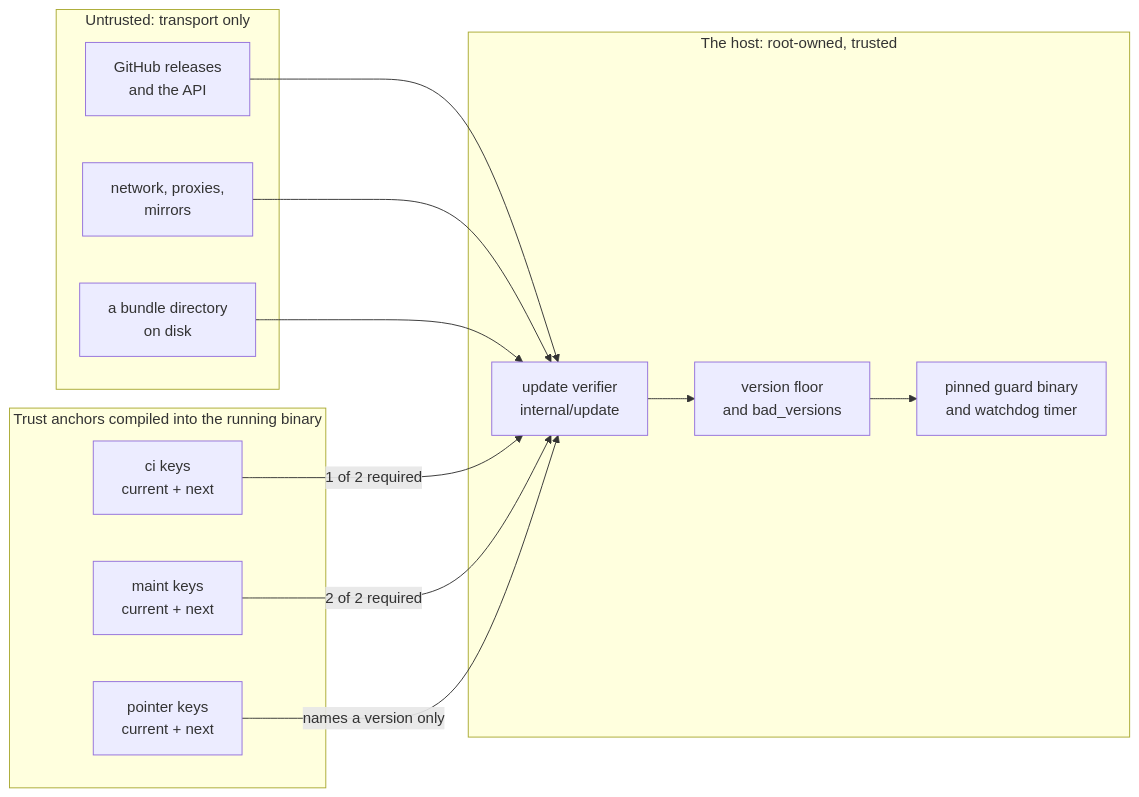
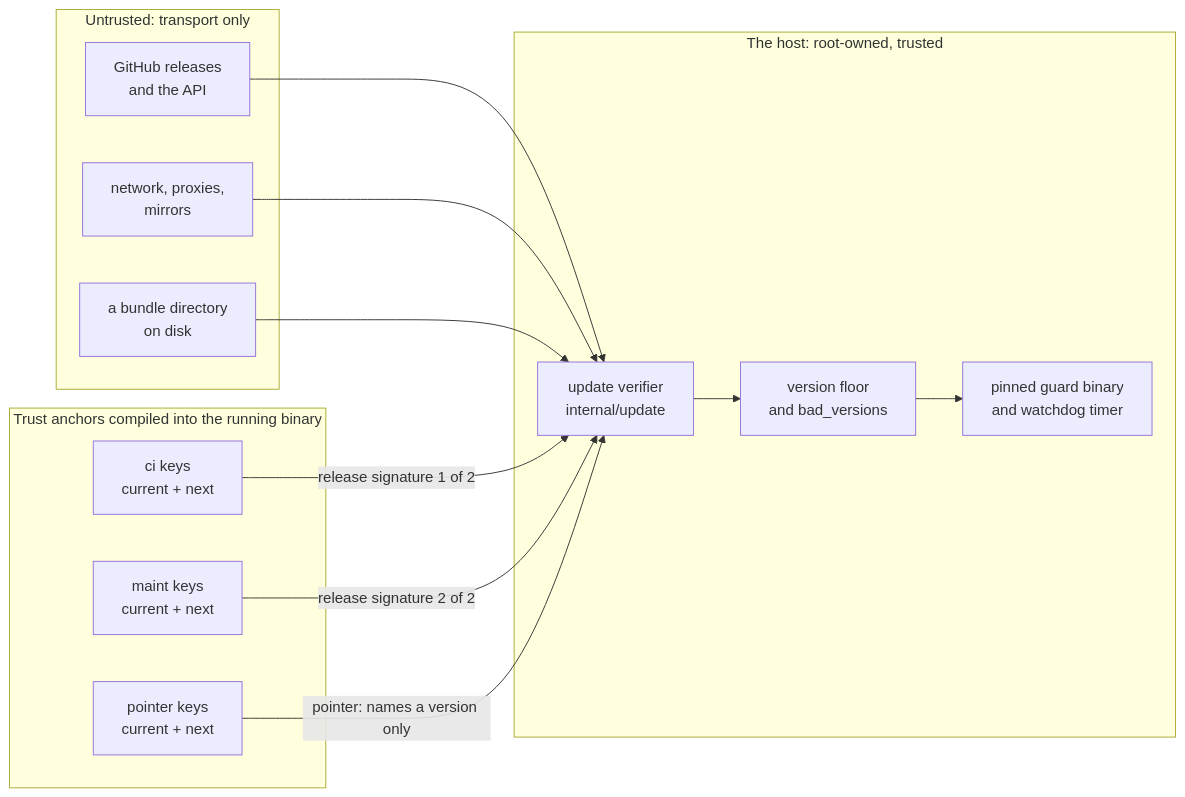
The first of 4 diagrams in docs/handbook/14-security.md (InfoDiveLabs/trinetra), drawn with Mermaid before and after one commit. The commit also changed other lines of this file and 7 other files, not shown here.

Commit message:
docs: cross-link the security chapter; bring install, operations, roadmap up to date with signed releases

````diff
--- a/docs/handbook/14-security.md
+++ b/docs/handbook/14-security.md
@@ -70,26 +70,26 @@
 ```mermaid
 flowchart LR
   subgraph untrusted["Untrusted: transport only"]
     gh["GitHub releases<br/>and the API"]
     net["network, proxies,<br/>mirrors"]
     bundle["a bundle directory<br/>on disk"]
   end
   subgraph anchors["Trust anchors compiled into the running binary"]
     kci["ci keys<br/>current + next"]
     kmaint["maint keys<br/>current + next"]
     kptr["pointer keys<br/>current + next"]
   end
   subgraph host["The host: root-owned, trusted"]
     verify["update verifier<br/>internal/update"]
     floor["version floor<br/>and bad_versions"]
     guard["pinned guard binary<br/>and watchdog timer"]
   end
   gh --> verify
   net --> verify
   bundle --> verify
-  kci -->|"1 of 2 required"| verify
-  kmaint -->|"2 of 2 required"| verify
-  kptr -->|"names a version only"| verify
+  kci -->|"release signature 1 of 2"| verify
+  kmaint -->|"release signature 2 of 2"| verify
+  kptr -->|"pointer: names a version only"| verify
   verify --> floor
   floor --> guard
 ```
````
